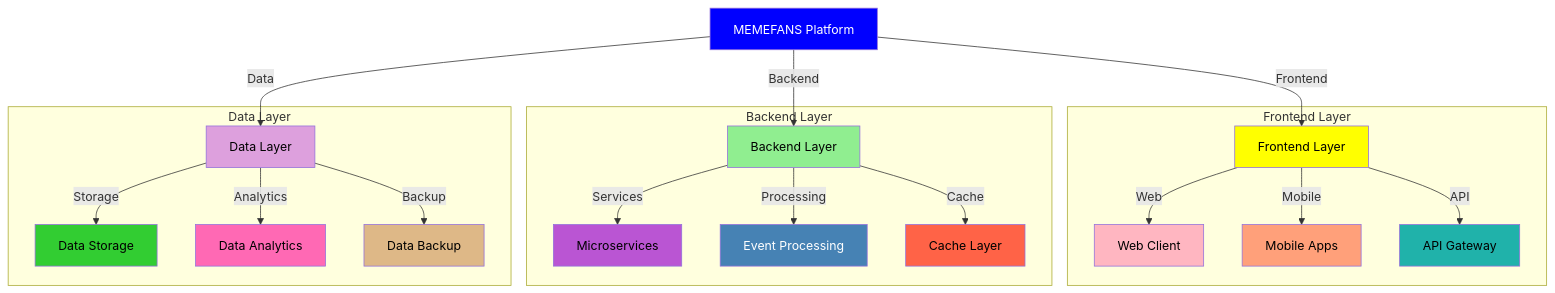
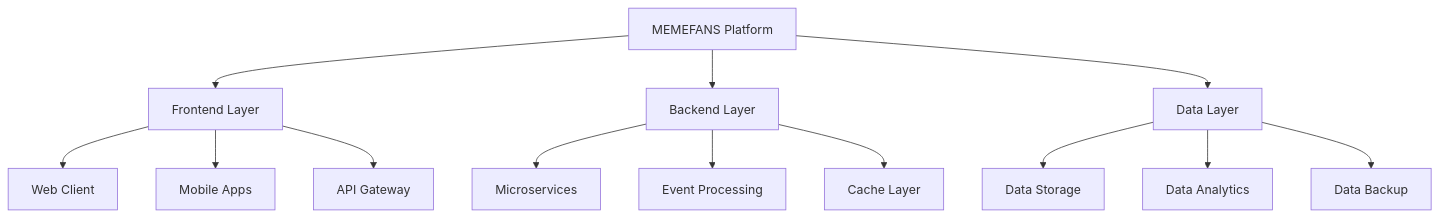
Before and after one commit to MEMEFANS/memefans: the second of 6 diagrams in docs/whitepaper/technical-architecture.md, drawn with Mermaid. The commit also changed other lines of this file and 1 other file, not shown here.

Commit message:
fix: optimize mermaid flowcharts format and rendering

````diff
--- a/docs/whitepaper/technical-architecture.md
+++ b/docs/whitepaper/technical-architecture.md
@@ -218,38 +107,18 @@
-<div class="mermaid">
+```mermaid
 graph TD
-    A[MEMEFANS Platform] -->|Frontend| B[Frontend Layer]
-    A -->|Backend| C[Backend Layer]
-    A -->|Data| D[Data Layer]
+    A[MEMEFANS Platform] --> B[Frontend Layer]
+    A --> C[Backend Layer]
+    A --> D[Data Layer]
     
-    subgraph Frontend Layer
-    B -->|Web| E[Web Client]
-    B -->|Mobile| F[Mobile Apps]
-    B -->|API| G[API Gateway]
-    end
+    B --> B1[Web Client]
+    B --> B2[Mobile Apps]
+    B --> B3[API Gateway]
     
-    subgraph Backend Layer
-    C -->|Services| H[Microservices]
-    C -->|Processing| I[Event Processing]
-    C -->|Cache| J[Cache Layer]
-    end
+    C --> C1[Microservices]
+    C --> C2[Event Processing]
+    C --> C3[Cache Layer]
     
-    subgraph Data Layer
-    D -->|Storage| K[Data Storage]
-    D -->|Analytics| L[Data Analytics]
-    D -->|Backup| M[Data Backup]
-    end
-    
-    style A fill:#0000FF,color:#FFFFFF
-    style B fill:#FFFF00,color:#000000
-    style C fill:#90EE90,color:#000000
-    style D fill:#DDA0DD,color:#000000
-    style E fill:#FFB6C1,color:#000000
-    style F fill:#FFA07A,color:#000000
-    style G fill:#20B2AA,color:#000000
-    style H fill:#BA55D3,color:#000000
-    style I fill:#4682B4,color:#FFFFFF
-    style J fill:#FF6347,color:#000000
-    style K fill:#32CD32,color:#000000
-    style L fill:#FF69B4,color:#000000
-    style M fill:#DEB887,color:#000000
-</div>
+    D --> D1[Data Storage]
+    D --> D2[Data Analytics]
+    D --> D3[Data Backup]
+```
````
